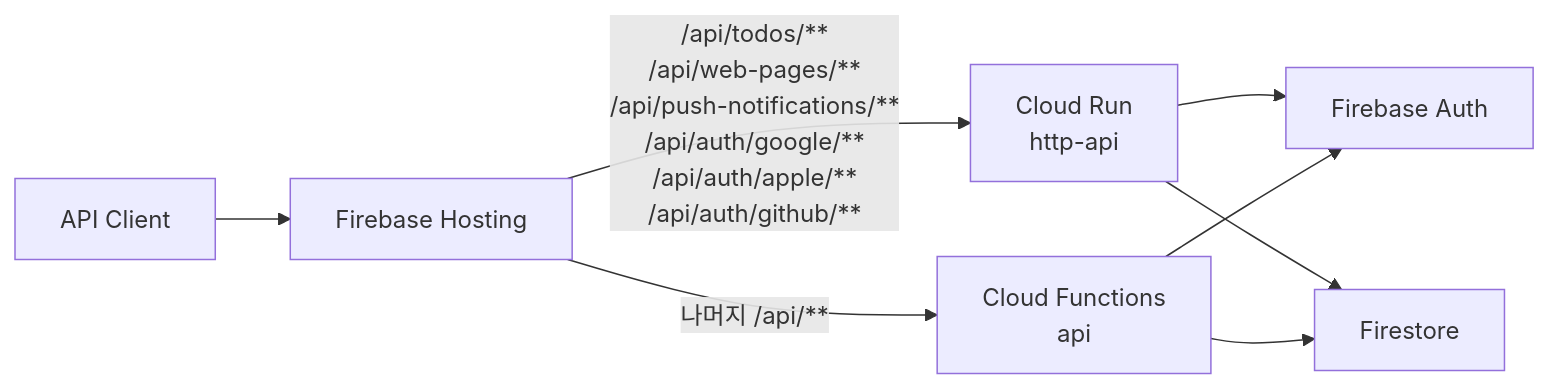
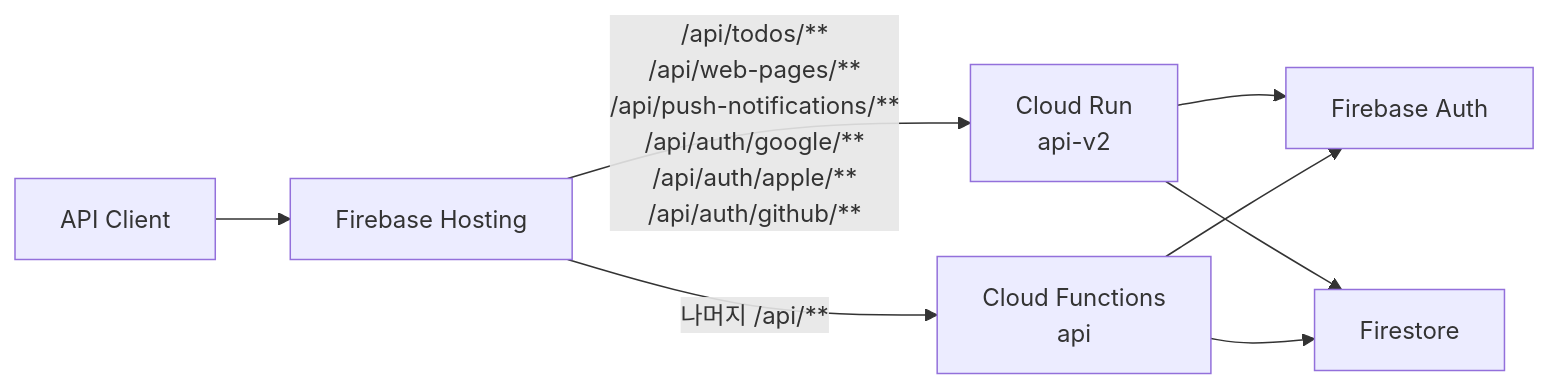
Before and after one commit to opficdev/DevLog_Firebase: the first of 2 diagrams in README.md, drawn with Mermaid. The commit also changed other lines of this file and 8 other files, not shown here.

First line of the commit message:
[#94] NestJS API의 uuid 간접 의존성 취약점과 Cloud Run 서비스명을 정리한다 (#98)

````diff
--- a/README.md
+++ b/README.md
@@ -17,10 +17,10 @@
 ```mermaid
 flowchart LR
 	Client["API Client"] --> Hosting["Firebase Hosting"]
-	Hosting -->|"/api/todos/**<br/>/api/web-pages/**<br/>/api/push-notifications/**<br/>/api/auth/google/**<br/>/api/auth/apple/**<br/>/api/auth/github/**"| CloudRun["Cloud Run<br/>http-api"]
+	Hosting -->|"/api/todos/**<br/>/api/web-pages/**<br/>/api/push-notifications/**<br/>/api/auth/google/**<br/>/api/auth/apple/**<br/>/api/auth/github/**"| CloudRun["Cloud Run<br/>api-v2"]
 	Hosting -->|"나머지 /api/**"| Functions["Cloud Functions<br/>api"]
 	CloudRun --> Auth["Firebase Auth"]
 	Functions --> Auth
 	CloudRun --> Firestore["Firestore"]
 	Functions --> Firestore
 ```
````
